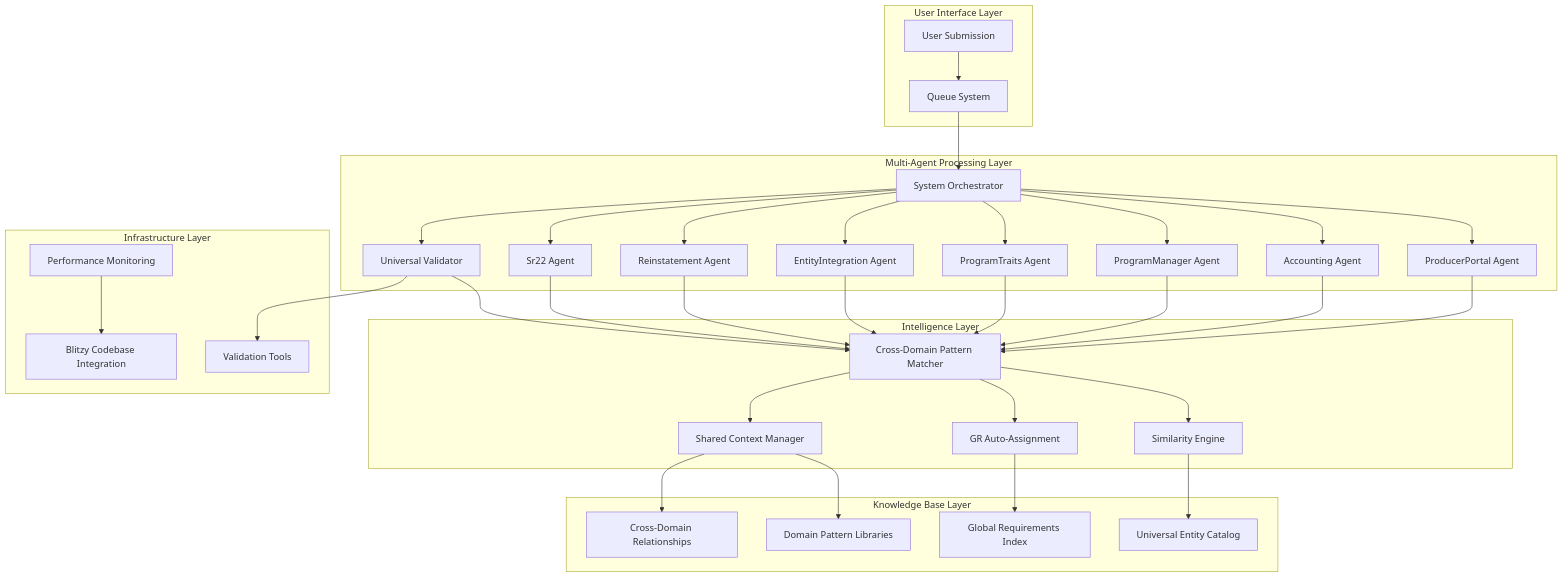
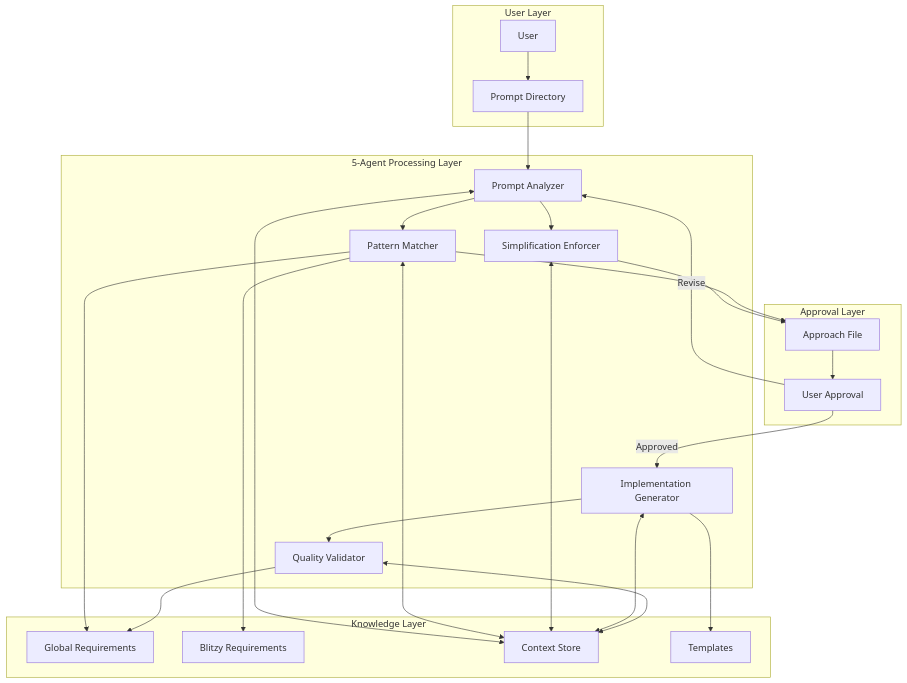
One commit to ia-corydean/blitzy-requirements changed the first of 5 diagrams in ARCHITECTURE.md. Above: the diagram before and after it, drawn with Mermaid. The commit also changed other lines of this file and 96 other files, not shown here.

Commit message:
Multi-Agent Workflow Update v2 - simplified. Added accounting adjustments.

````diff
--- a/ARCHITECTURE.md
+++ b/ARCHITECTURE.md
@@ -23,71 +81,47 @@
 ```mermaid
-graph TB
-    subgraph "User Interface Layer"
-        UI[User Submission]
-        QS[Queue System]
+graph TD
+    subgraph "User Layer"
+        U[User]
+        P[Prompt Directory]
     end
     
-    subgraph "Multi-Agent Processing Layer"
-        SO[System Orchestrator]
-        D1[ProducerPortal Agent]
-        D2[Accounting Agent]
-        D3[ProgramManager Agent]
-        D4[ProgramTraits Agent]
-        D5[EntityIntegration Agent]
-        D6[Reinstatement Agent]
-        D7[Sr22 Agent]
-        UV[Universal Validator]
+    subgraph "5-Agent Processing Layer"
+        PA[Prompt Analyzer]
+        PM[Pattern Matcher]
+        SE[Simplification Enforcer]
+        IG[Implementation Generator]
+        QV[Quality Validator]
     end
     
-    subgraph "Intelligence Layer"
-        CPM[Cross-Domain Pattern Matcher]
-        SE[Similarity Engine]
-        GRA[GR Auto-Assignment]
-        SCM[Shared Context Manager]
+    subgraph "Approval Layer"
+        AP[Approach File]
+        UA[User Approval]
     end
     
-    subgraph "Knowledge Base Layer"
-        UEC[Universal Entity Catalog]
-        GRI[Global Requirements Index]
-        DPL[Domain Pattern Libraries]
-        CDR[Cross-Domain Relationships]
+    subgraph "Knowledge Layer"
+        GR[Global Requirements]
+        BR[Blitzy Requirements]
+        CS[Context Store]
+        T[Templates]
     end
     
-    subgraph "Infrastructure Layer"
-        VT[Validation Tools]
-        PM[Performance Monitoring]
-        BC[Blitzy Codebase Integration]
-    end
-    
-    UI --> QS
-    QS --> SO
-    SO --> D1
-    SO --> D2
-    SO --> D3
-    SO --> D4
-    SO --> D5
-    SO --> D6
-    SO --> D7
-    SO --> UV
-    
-    D1 --> CPM
-    D2 --> CPM
-    D3 --> CPM
-    D4 --> CPM
-    D5 --> CPM
-    D6 --> CPM
-    D7 --> CPM
-    UV --> CPM
-    
-    CPM --> SE
-    CPM --> GRA
-    CPM --> SCM
-    
-    SE --> UEC
-    GRA --> GRI
-    SCM --> DPL
-    SCM --> CDR
-    
-    UV --> VT
-    PM --> BC
+    U --> P
+    P --> PA
+    PA --> PM
+    PA --> SE
+    PM --> GR
+    PM --> BR
+    SE --> AP
+    PM --> AP
+    AP --> UA
+    UA -->|Approved| IG
+    UA -->|Revise| PA
+    IG --> T
+    IG --> QV
+    QV --> GR
+    PA <--> CS
+    PM <--> CS
+    SE <--> CS
+    IG <--> CS
+    QV <--> CS
 ```
````
